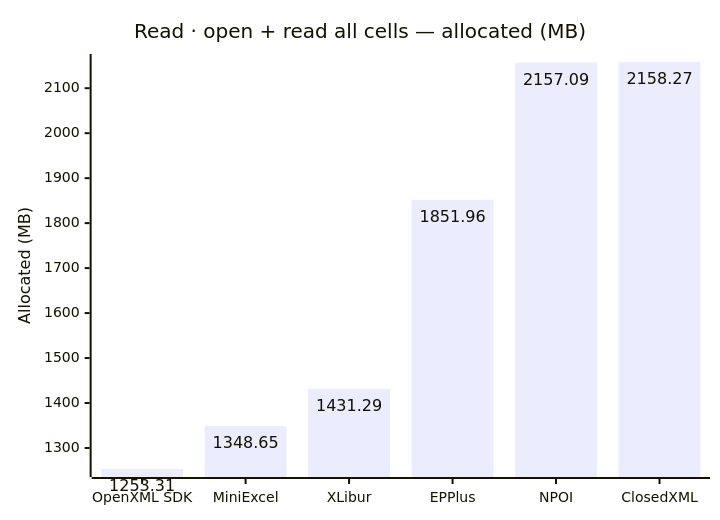
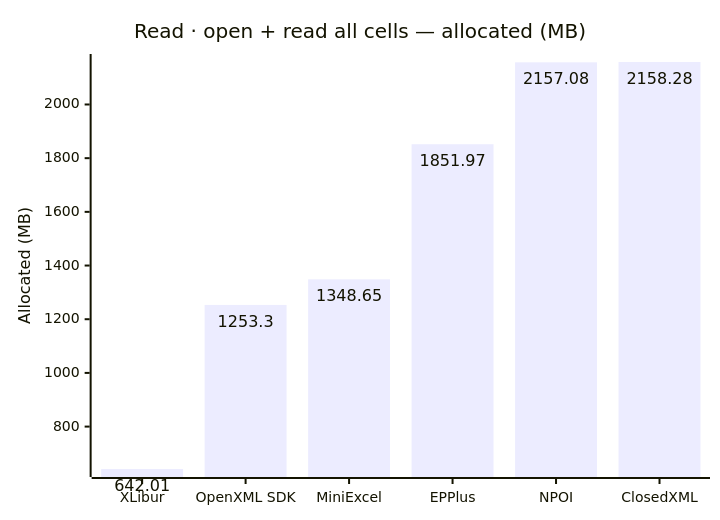
The fourth of 6 diagrams in docs/results-ci.md (jafin/XLBench), drawn with Mermaid before and after one commit. The commit also changed other lines of this file, not shown here.

````diff
--- a/docs/results-ci.md
+++ b/docs/results-ci.md
@@ -75,12 +75,12 @@
 ```mermaid
 ---
 config:
   xyChart:
     showDataLabel: true
 ---
 xychart-beta
     title "Read · open + read all cells — allocated (MB)"
-    x-axis ["OpenXML SDK", "MiniExcel", "XLibur", "EPPlus", "NPOI", "ClosedXML"]
+    x-axis ["XLibur", "OpenXML SDK", "MiniExcel", "EPPlus", "NPOI", "ClosedXML"]
     y-axis "Allocated (MB)"
-    bar [1253.31, 1348.65, 1431.29, 1851.96, 2157.09, 2158.27]
+    bar [642.01, 1253.3, 1348.65, 1851.97, 2157.08, 2158.28]
 ```
````
